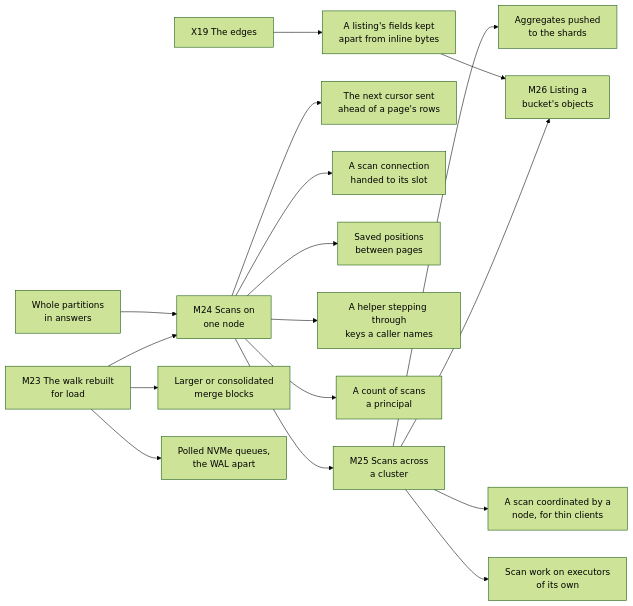
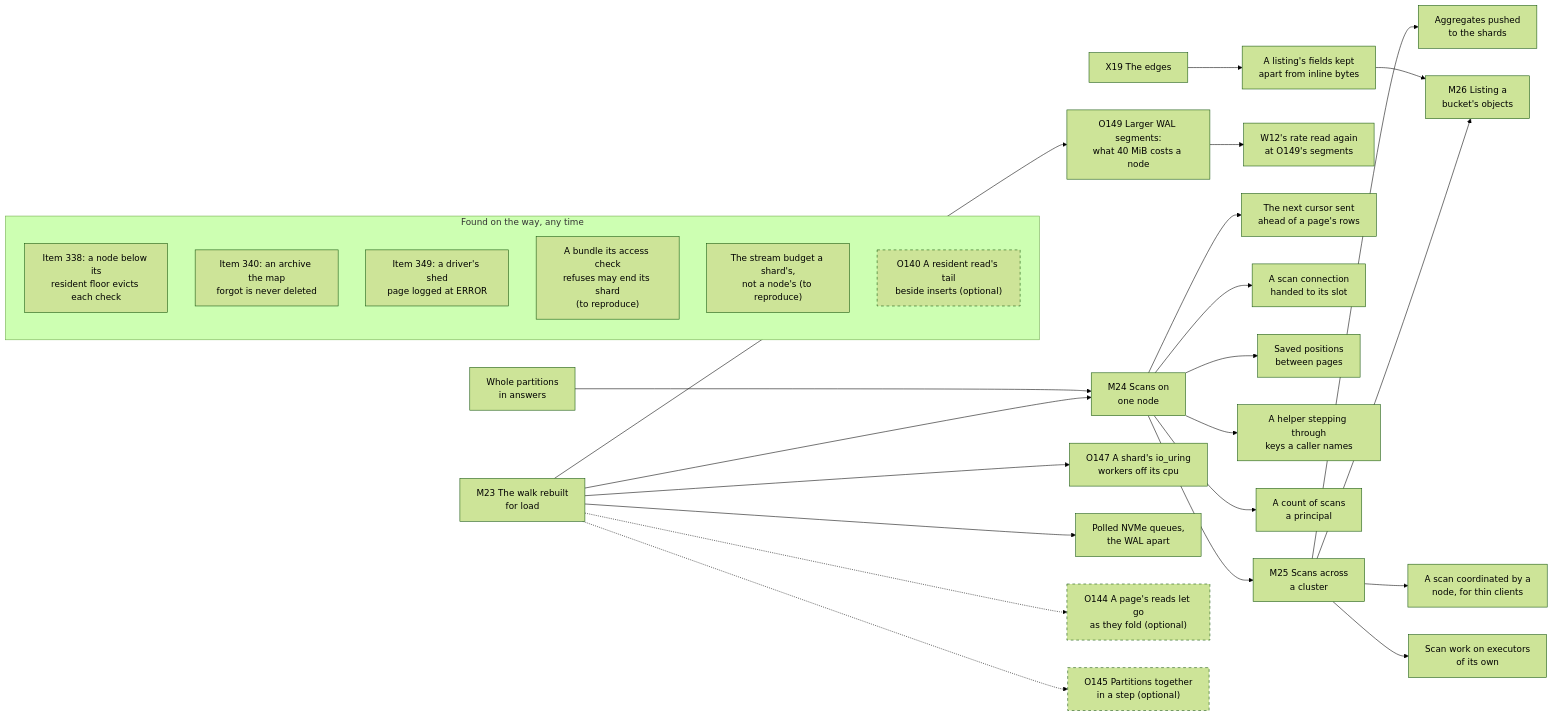
The fourth of 4 diagrams in docs/src/future-work/scans/whats-left-todo.md (mjcarson/shoal), drawn with Mermaid (forest theme) before and after one commit. The commit also changed other lines of this file and 8 other files, not shown here.

````diff
--- a/docs/src/future-work/scans/whats-left-todo.md
+++ b/docs/src/future-work/scans/whats-left-todo.md
@@ -132,34 +181,51 @@
 ```mermaid
 flowchart LR
     classDef done fill:#2e7d32,stroke:#1b5e20,color:#ffffff
+    classDef optional stroke-dasharray: 5 5
     M23["M23 The walk rebuilt<br>for load"]
     M24["M24 Scans on<br>one node"]
     M25["M25 Scans across<br>a cluster"]
     M26["M26 Listing a<br>bucket's objects"]
     X19["X19 The edges"]
     Whole["Whole partitions<br>in answers"]
-    Blocks["Larger or consolidated<br>merge blocks"]
+    O149["O149 Larger WAL segments:<br>what 40 MiB costs a node"]
+    Rate["W12's rate read again<br>at O149's segments"]
+    O147["O147 A shard's io_uring<br>workers off its cpu"]
     Host["Polled NVMe queues,<br>the WAL apart"]
+    O144["O144 A page's reads let go<br>as they fold (optional)"]:::optional
+    O145["O145 Partitions together<br>in a step (optional)"]:::optional
     Cursor["The next cursor sent<br>ahead of a page's rows"]
     Handoff["A scan connection<br>handed to its slot"]
     Saved["Saved positions<br>between pages"]
     Helper["A helper stepping through<br>keys a caller names"]
     Principal["A count of scans<br>a principal"]
     Agg["Aggregates pushed<br>to the shards"]
     Coord["A scan coordinated by a<br>node, for thin clients"]
     Exec["Scan work on executors<br>of its own"]
     Apart["A listing's fields kept<br>apart from inline bytes"]
     M23 --> M24 --> M25 --> M26
-    M23 --> Blocks
+    M23 --> O149 --> Rate
+    M23 --> O147
     M23 --> Host
+    M23 -.-> O144
+    M23 -.-> O145
     Whole --> M24
     M24 --> Cursor
     M24 --> Handoff
     M24 --> Saved
     M24 --> Helper
     M24 --> Principal
     M25 --> Agg
     M25 --> Coord
     M25 --> Exec
     X19 --> Apart --> M26
+    subgraph found["Found on the way, any time"]
+        direction TB
+        I338["Item 338: a node below its<br>resident floor evicts each check"]
+        I340["Item 340: an archive the map<br>forgot is never deleted"]
+        I349["Item 349: a driver's shed<br>page logged at ERROR"]
+        Access["A bundle its access check<br>refuses may end its shard<br>(to reproduce)"]
+        Streams["The stream budget a shard's,<br>not a node's (to reproduce)"]
+        O140["O140 A resident read's tail<br>beside inserts (optional)"]:::optional
+    end
 ```
````
